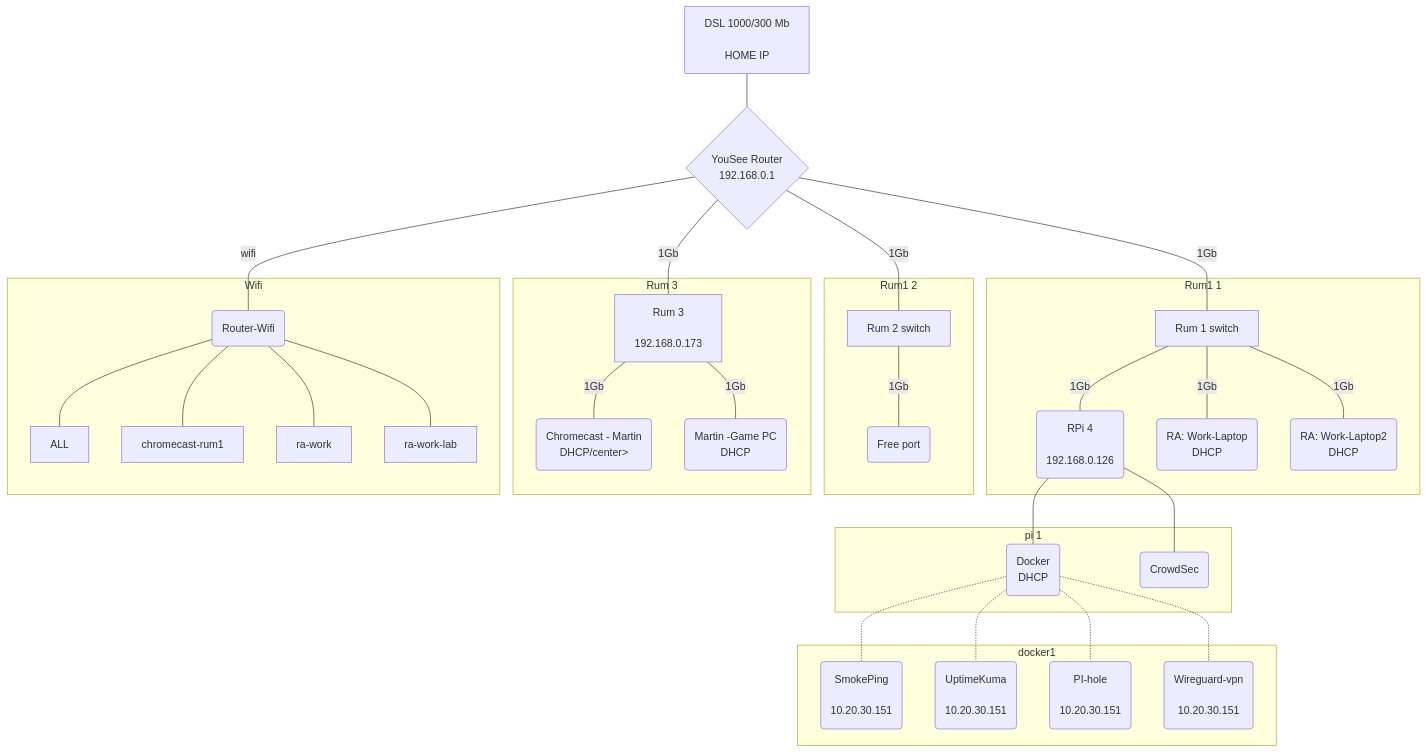
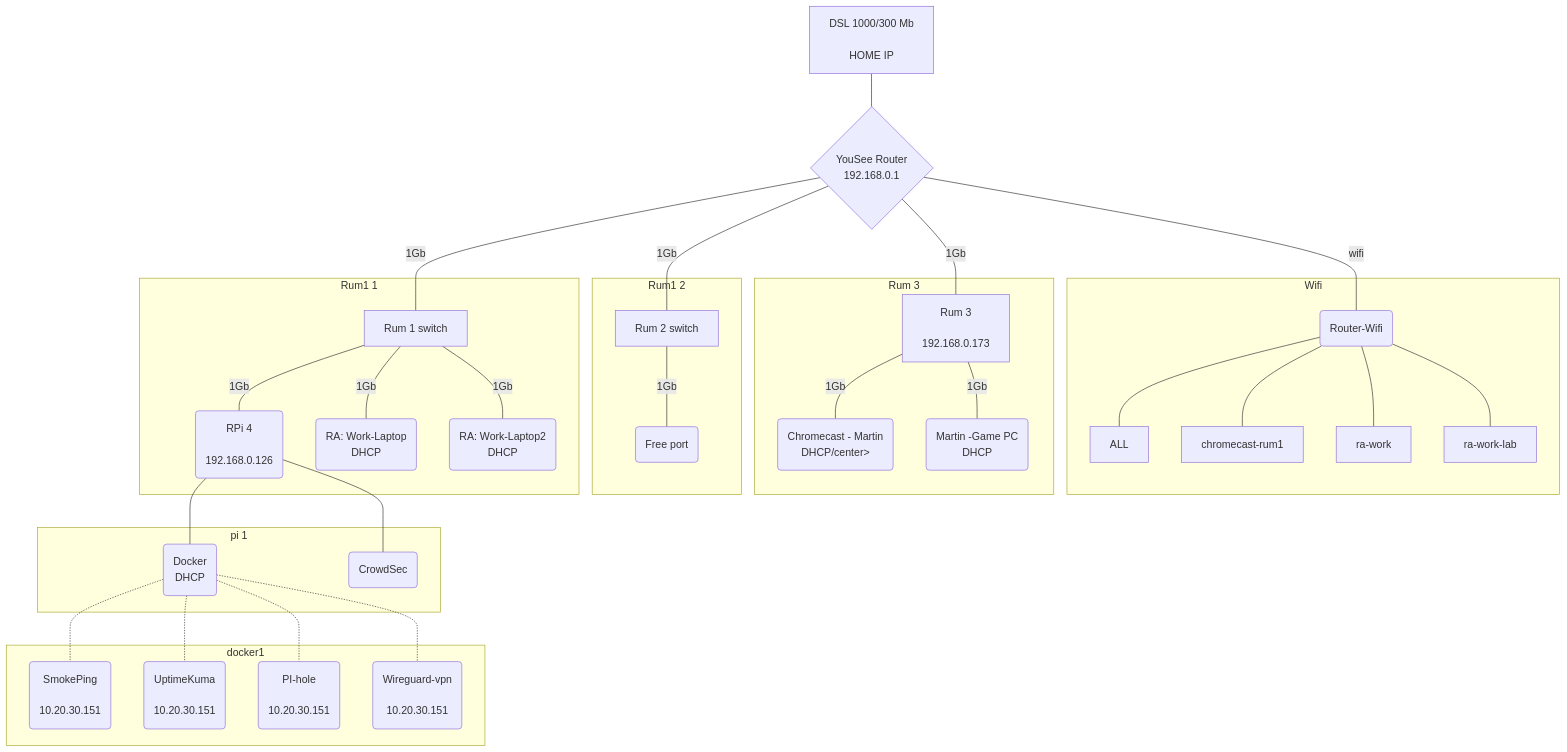
Before and after one commit to alf149/ansible: the diagram in Docs/Index.md, drawn with Mermaid.

Commit message:
rearange

````diff
--- a/Docs/Index.md
+++ b/Docs/Index.md
@@ -3,44 +3,45 @@
 ```mermaid
 graph TB
  linkStyle default interpolate basis
  wan1[<center>DSL 1000/300 Mb<br><br>HOME IP</center>]---router{<center>YouSee Router<br>192.168.0.1</center>}
  router---|1Gb|rum_1[<center>Rum 1 switch</center>]
  router---|1Gb|rum_2[<center>Rum 2 switch</center>]
  router---|1Gb|rum_3[<center>Rum 3<br><br>192.168.0.173</center>]
  router---|wifi|ac_wifi(<center>Router-Wifi</center>)
+
+subgraph Wifi
+ac_wifi---ALL
+ac_wifi---chromecast-rum1
+ac_wifi---ra-work
+ac_wifi---ra-work-lab
+end
+
+subgraph Rum 3
+rum_3---|1Gb|chromecast-rum3(<center>Chromecast - Martin<br>DHCP/center>)
+rum_3---|1Gb|gamer-pc(<center>Martin -Game PC<br>DHCP</center>)
+end
+
+subgraph Rum1 2
+rum_2---|1Gb|free(<center>Free port</center>)
+end
 
 subgraph Rum1 1
 rum_1---|1Gb|pi(<center>RPi 4<br><br>192.168.0.126</center>)
 rum_1---|1Gb|work(<center>RA: Work-Laptop<br>DHCP</center>)
 rum_1---|1Gb|work-lab(<center>RA: Work-Laptop2<br>DHCP</center>)
 end
 
     subgraph pi 1
     pi---docker(<center>Docker<br>DHCP</center>)
     pi---crowdsec(<center>CrowdSec</center>)
     end
 
     subgraph docker1
     docker-.-smokeping(<center>SmokePing<br><br>10.20.30.151</center>)
     docker-.-uptimeKuma(<center>UptimeKuma<br><br>10.20.30.151</center>)
     docker-.-pihole(<center>PI-hole<br><br>10.20.30.151</center>)
     docker-.-wireguardvpn(<center>Wireguard-vpn<br><br>10.20.30.151</center>)
     end
 
-subgraph Rum1 2
-rum_2---|1Gb|free(<center>Free port</center>)
-end
-
-subgraph Rum 3
-rum_3---|1Gb|chromecast-rum3(<center>Chromecast - Martin<br>DHCP/center>)
-rum_3---|1Gb|gamer-pc(<center>Martin -Game PC<br>DHCP</center>)
-end
-
-subgraph Wifi
-ac_wifi---ALL
-ac_wifi---chromecast-rum1
-ac_wifi---ra-work
-ac_wifi---ra-work-lab
-end
 
 ```
````
